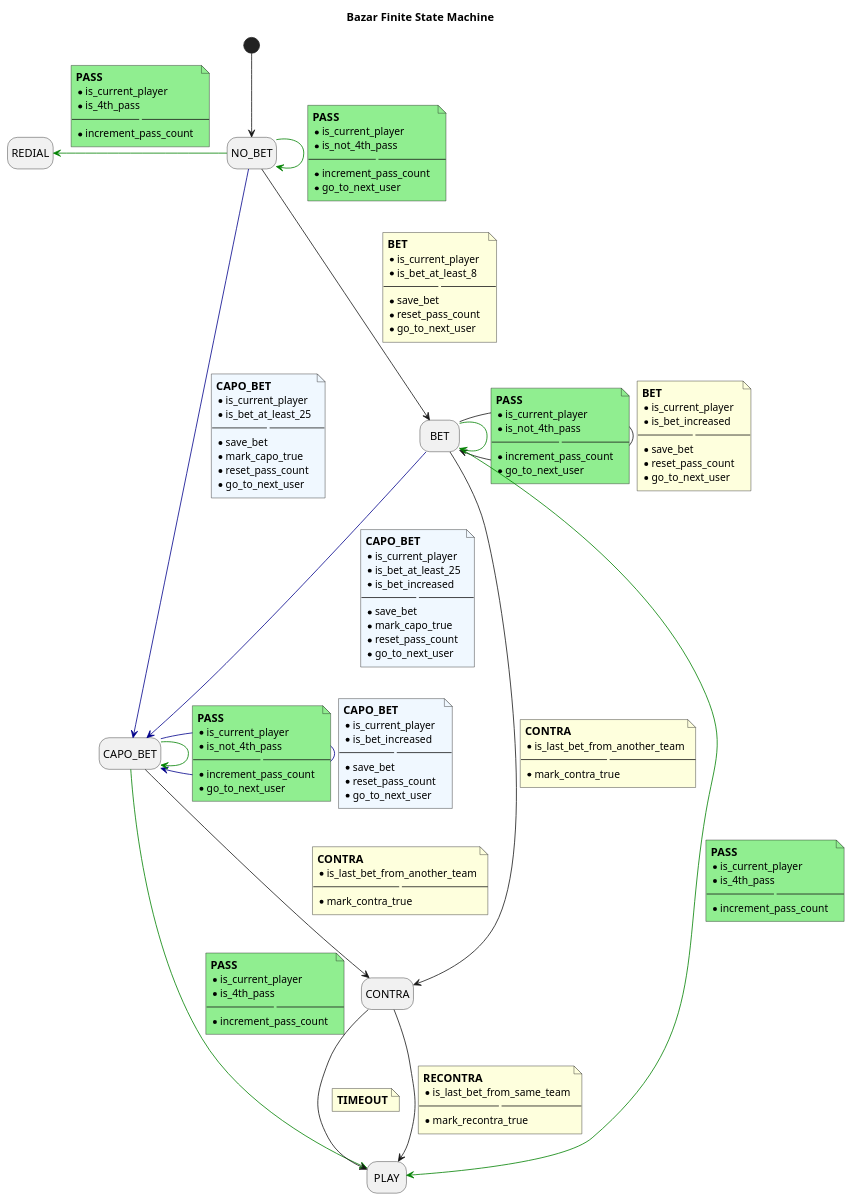
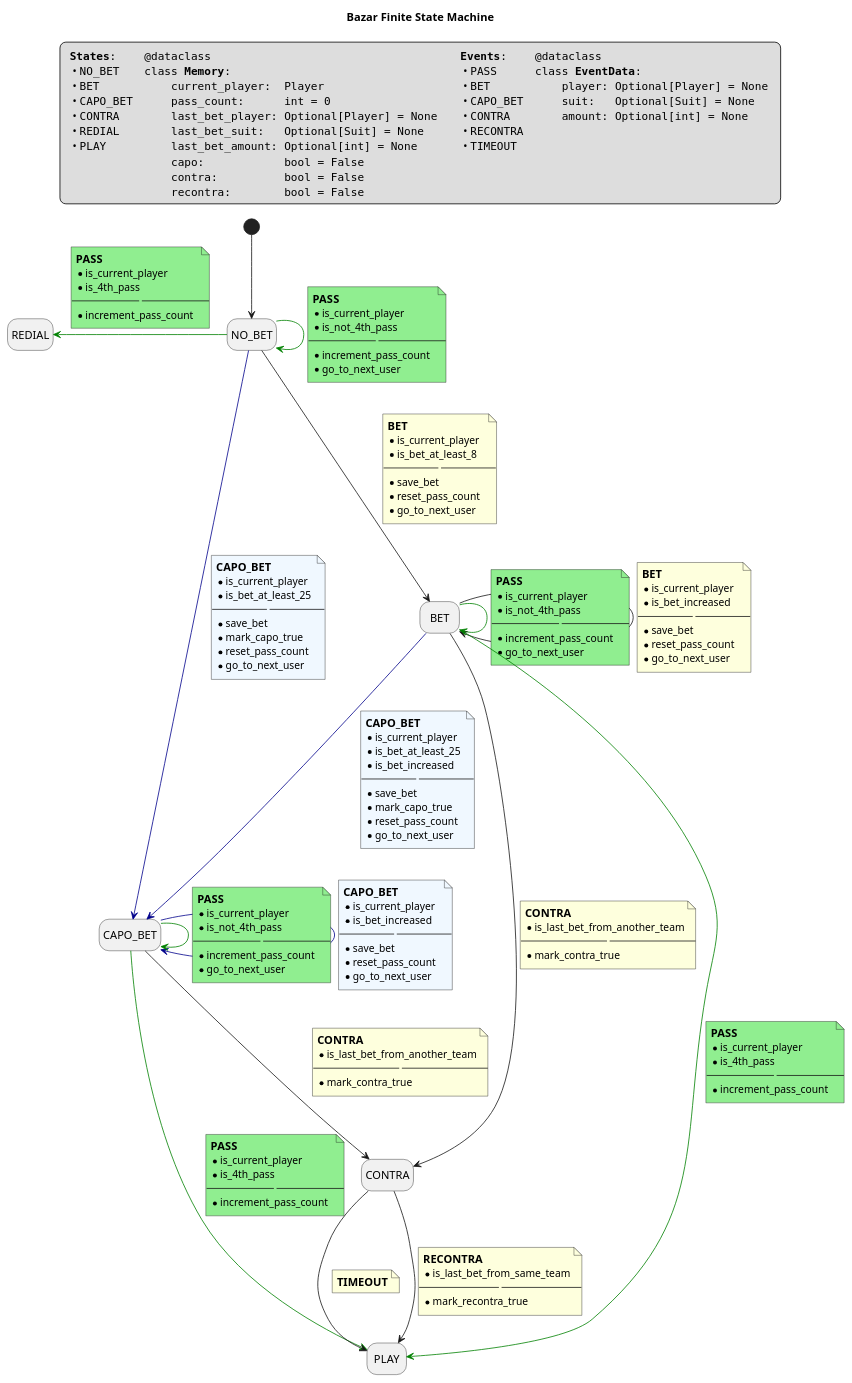
One commit to maratori/belote changed the diagram in bazar.puml. Above: the diagram before and after it, drawn with PlantUML. The commit also changed 3 other files, not shown here.

Commit message:
Add timeout after contra

```diff
--- a/bazar.puml
+++ b/bazar.puml
@@ -3,6 +3,43 @@
 Title Bazar Finite State Machine
 
 hide empty description
+
+legend top
+<#transparent,#transparent>|  |\
+""**States**:"" \n\
+ • ""NO_BET"" \n\
+ • ""BET"" \n\
+ • ""CAPO_BET"" \n\
+ • ""CONTRA"" \n\
+ • ""REDIAL"" \n\
+ • ""PLAY"" \
+|   |\
+""@dataclass"" \n\
+""class **Memory**:"" \n\
+""    current_player:  Player"" \n\
+""    pass_count:      int = 0"" \n\
+""    last_bet_player: Optional[Player] = None"" \n\
+""    last_bet_suit:   Optional[Suit] = None"" \n\
+""    last_bet_amount: Optional[int] = None"" \n\
+""    capo:            bool = False"" \n\
+""    contra:          bool = False"" \n\
+""    recontra:        bool = False"" \
+|       |\
+""**Events**:"" \n\
+ • ""PASS"" \n\
+ • ""BET"" \n\
+ • ""CAPO_BET"" \n\
+ • ""CONTRA"" \n\
+ • ""RECONTRA"" \n\
+ • ""TIMEOUT"" \
+|   |\
+""@dataclass"" \n\
+""class **EventData**:"" \n\
+""    player: Optional[Player] = None"" \n\
+""    suit:   Optional[Suit] = None"" \n\
+""    amount: Optional[int] = None"" \
+|  |
+end legend
 
 state NO_BET
 state BET
```
